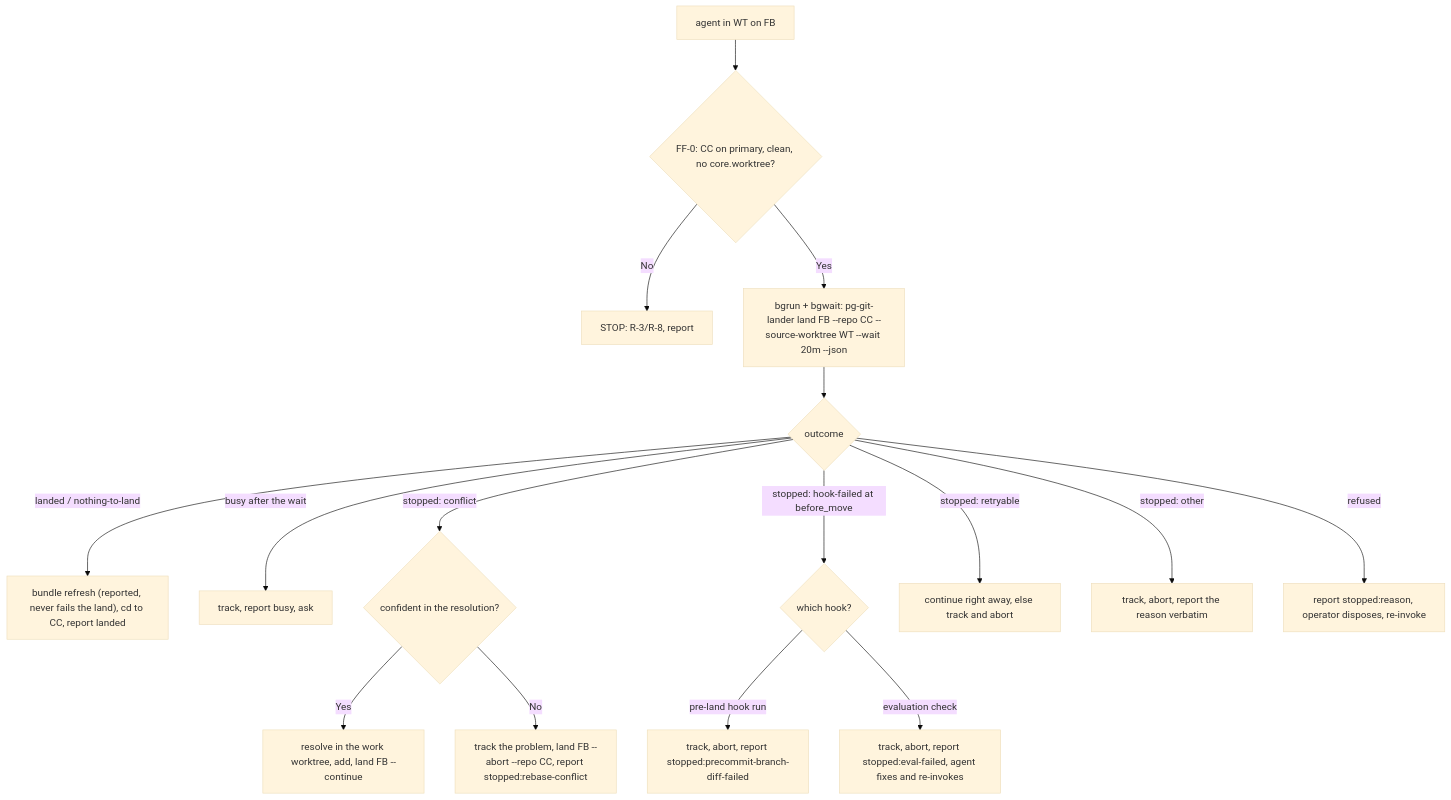
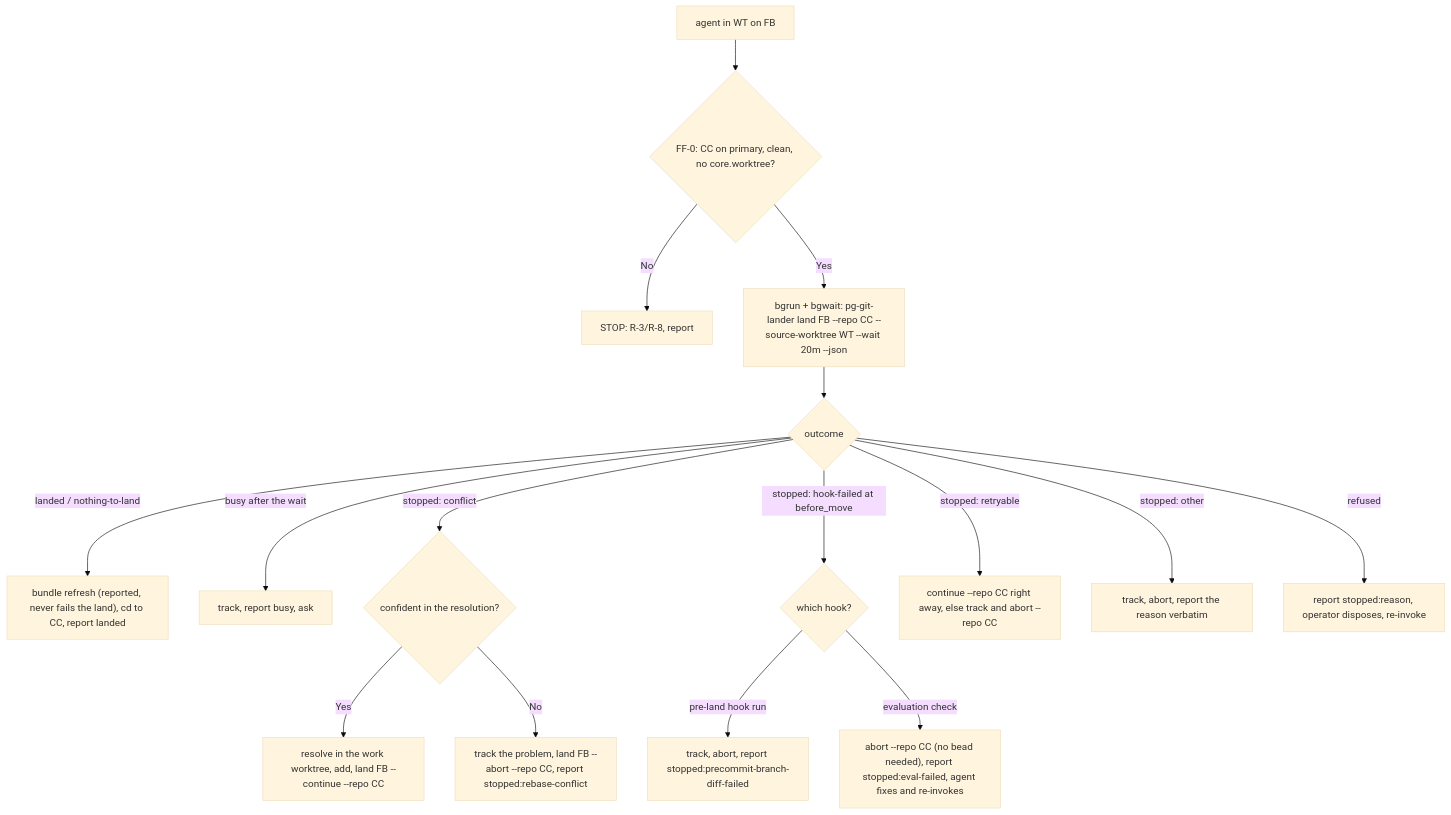
One commit to phillipgreenii/nix-agent-support changed the diagram in claude-marketplace/integrate-branch/skills/ff-merge-to-main/SKILL.md. Above: the diagram before and after it, drawn with Mermaid (base theme). The commit also changed other lines of this file and 1 other file, not shown here.

````diff
--- a/claude-marketplace/integrate-branch/skills/ff-merge-to-main/SKILL.md
+++ b/claude-marketplace/integrate-branch/skills/ff-merge-to-main/SKILL.md
@@ -314,18 +317,18 @@
 ```mermaid
 flowchart TD
     A["agent in WT on FB"] --> F0{"FF-0: CC on primary, clean, no core.worktree?"}
     F0 -->|No| S0["STOP: R-3/R-8, report"]
     F0 -->|Yes| L["bgrun + bgwait: pg-git-lander land FB --repo CC --source-worktree WT --wait 20m --json"]
     L --> O{"outcome"}
     O -->|"landed / nothing-to-land"| R["bundle refresh (reported, never fails the land), cd to CC, report landed"]
     O -->|"busy after the wait"| B["track, report busy, ask"]
     O -->|"stopped: conflict"| C{"confident in the resolution?"}
-    C -->|Yes| CC["resolve in the work worktree, add, land FB --continue"]
+    C -->|Yes| CC["resolve in the work worktree, add, land FB --continue --repo CC"]
     C -->|No| AB["track the problem, land FB --abort --repo CC, report stopped:rebase-conflict"]
     O -->|"stopped: hook-failed at before_move"| H{"which hook?"}
     H -->|"pre-land hook run"| S1["track, abort, report stopped:precommit-branch-diff-failed"]
-    H -->|"evaluation check"| S2["track, abort, report stopped:eval-failed, agent fixes and re-invokes"]
-    O -->|"stopped: retryable"| T["continue right away, else track and abort"]
+    H -->|"evaluation check"| S2["abort --repo CC (no bead needed), report stopped:eval-failed, agent fixes and re-invokes"]
+    O -->|"stopped: retryable"| T["continue --repo CC right away, else track and abort --repo CC"]
     O -->|"stopped: other"| S3["track, abort, report the reason verbatim"]
     O -->|"refused"| S4["report stopped:reason, operator disposes, re-invoke"]
 ```
````
